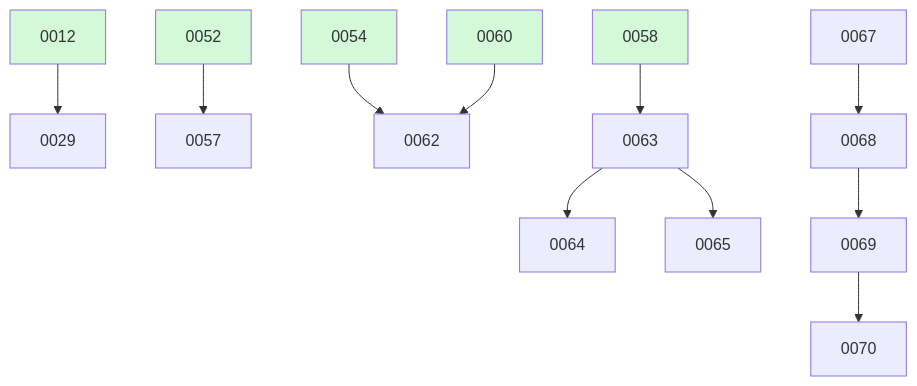
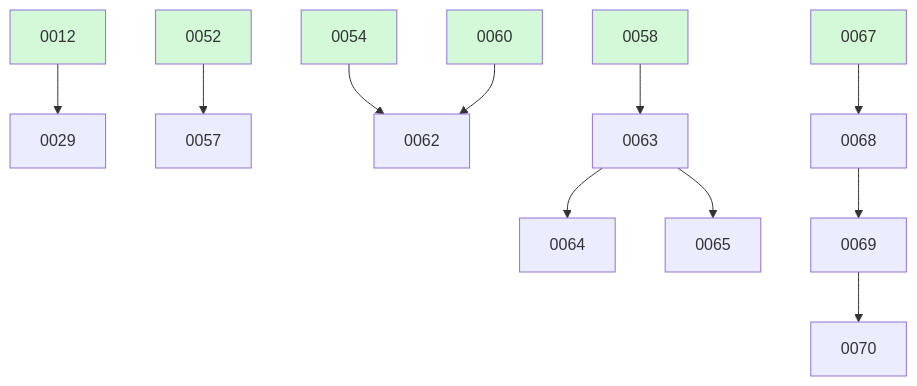
Before and after one commit to ethanhinson/fuse: the diagram in docs/changes/BOARD.md, drawn with Mermaid. The commit also changed other lines of this file, not shown here.

````diff
--- a/docs/changes/BOARD.md
+++ b/docs/changes/BOARD.md
@@ -30,20 +24,20 @@
 ```mermaid
 graph TD
   0012 --> 0029
   0052 --> 0057
   0054 --> 0062
   0060 --> 0062
   0058 --> 0063
   0063 --> 0064
   0063 --> 0065
-  0067
   0067 --> 0068
   0068 --> 0069
   0069 --> 0070
   0012:::done
   0052:::done
   0054:::done
   0058:::done
   0060:::done
+  0067:::done
   classDef done fill:#d3f9d8;
 ```
````
